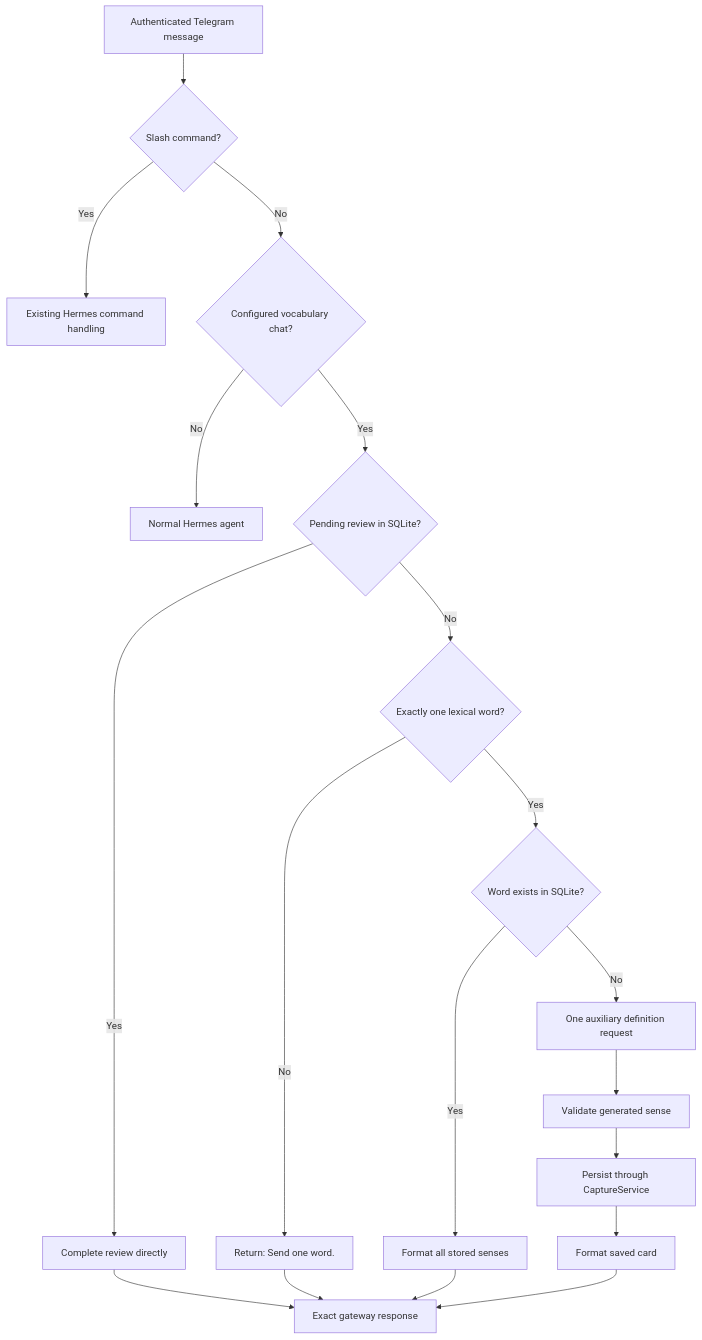
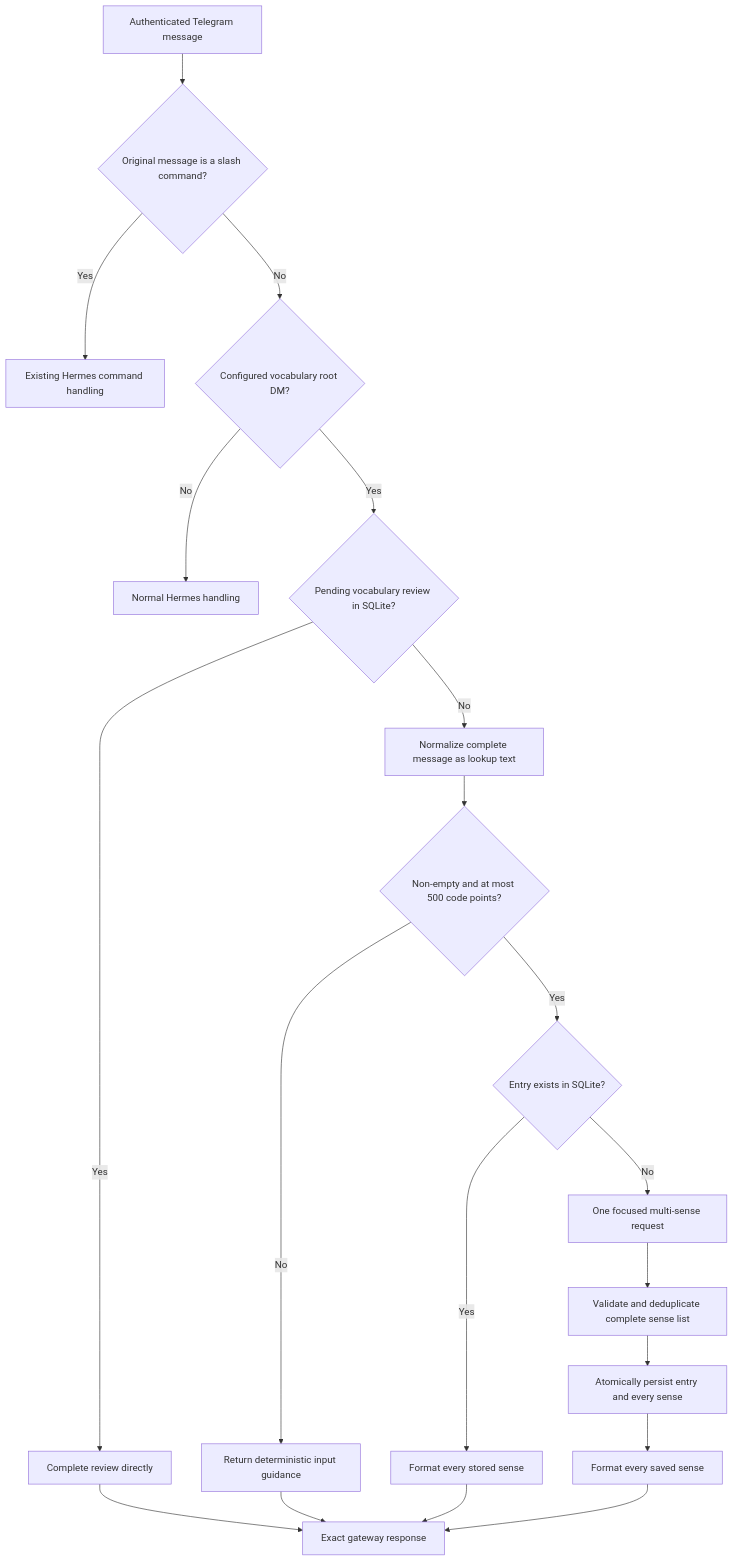
Before and after one commit to ryanmuenker/vocab_bot: the diagram in docs/superpowers/specs/2026-07-17-deterministic-telegram-vocabulary-routing-design.md, drawn with Mermaid. The commit also changed other lines of this file and 26 other files, not shown here.

````diff
--- a/docs/superpowers/specs/2026-07-17-deterministic-telegram-vocabulary-routing-design.md
+++ b/docs/superpowers/specs/2026-07-17-deterministic-telegram-vocabulary-routing-design.md
@@ -55,21 +59,22 @@
 ```mermaid
 flowchart TD
-    A[Authenticated Telegram message] --> B{Slash command?}
+    A[Authenticated Telegram message] --> B{Original message is a slash command?}
     B -- Yes --> C[Existing Hermes command handling]
-    B -- No --> D{Configured vocabulary chat?}
-    D -- No --> E[Normal Hermes agent]
-    D -- Yes --> F{Pending review in SQLite?}
+    B -- No --> D{Configured vocabulary root DM?}
+    D -- No --> E[Normal Hermes handling]
+    D -- Yes --> F{Pending vocabulary review in SQLite?}
     F -- Yes --> G[Complete review directly]
-    F -- No --> H{Exactly one lexical word?}
-    H -- No --> I[Return: Send one word.]
-    H -- Yes --> J{Word exists in SQLite?}
-    J -- Yes --> K[Format all stored senses]
-    J -- No --> L[One auxiliary definition request]
-    L --> M[Validate generated sense]
-    M --> N[Persist through CaptureService]
-    N --> O[Format saved card]
-    G --> P[Exact gateway response]
-    I --> P
-    K --> P
-    O --> P
+    F -- No --> H[Normalize complete message as lookup text]
+    H --> I{Non-empty and at most 500 code points?}
+    I -- No --> J[Return deterministic input guidance]
+    I -- Yes --> K{Entry exists in SQLite?}
+    K -- Yes --> L[Format every stored sense]
+    K -- No --> M[One focused multi-sense request]
+    M --> N[Validate and deduplicate complete sense list]
+    N --> O[Atomically persist entry and every sense]
+    O --> P[Format every saved sense]
+    G --> Q[Exact gateway response]
+    J --> Q
+    L --> Q
+    P --> Q
 ```
````
